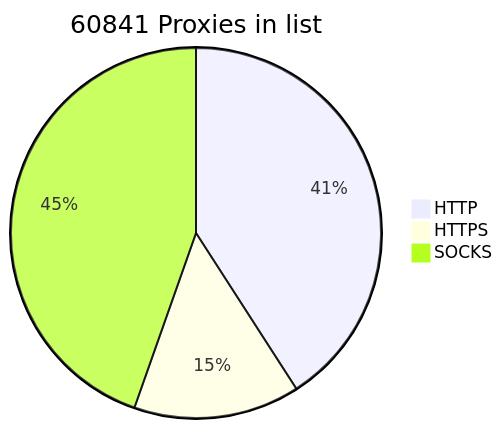
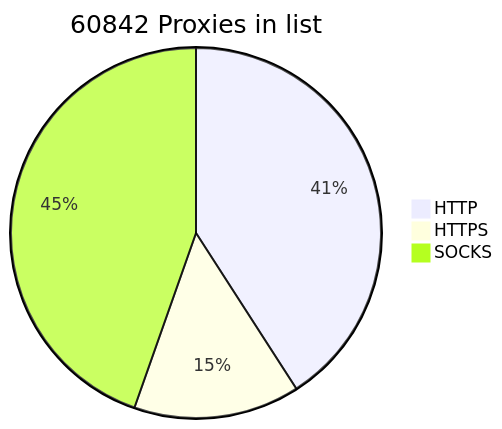
The diagram in README.md (BlackSnowDot/proxylist-update-every-minute), drawn with Mermaid before and after one commit.

````diff
--- a/README.md
+++ b/README.md
@@ -2,6 +2,6 @@
 ```mermaid
-pie title 60841 Proxies in list
+pie title 60842 Proxies in list
     "HTTP" : 28179
     "HTTPS": 9996
-    "SOCKS" : 30738
+    "SOCKS" : 30739
 ```
````
